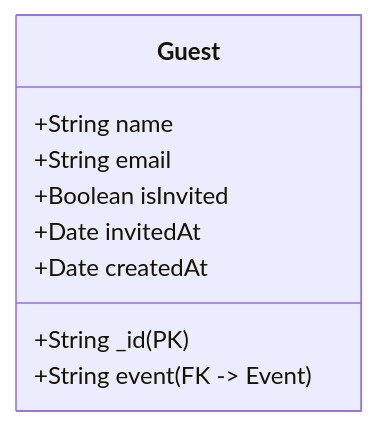
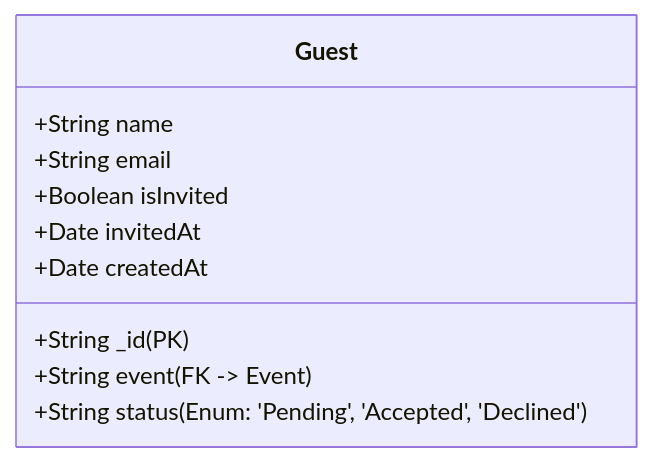
The seventh of 9 diagrams in project_documentation.md (nidhitrikani0102/triple-cassini), drawn with Mermaid before and after one commit. The commit also changed other lines of this file and 8 other files, not shown here.

````diff
--- a/project_documentation.md
+++ b/project_documentation.md
@@ -316,12 +326,13 @@
 ```mermaid
 classDiagram
     class Guest {
         +String _id (PK)
         +String event (FK -> Event)
         +String name
         +String email
+        +String status (Enum: 'Pending', 'Accepted', 'Declined')
         +Boolean isInvited
         +Date invitedAt
         +Date createdAt
     }
 ```
````
